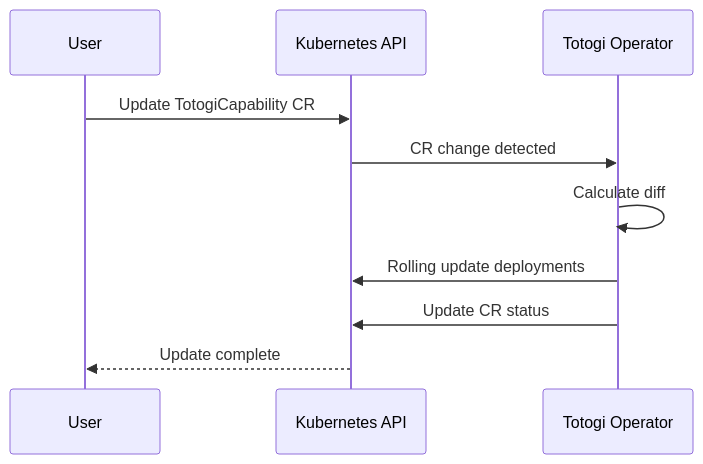
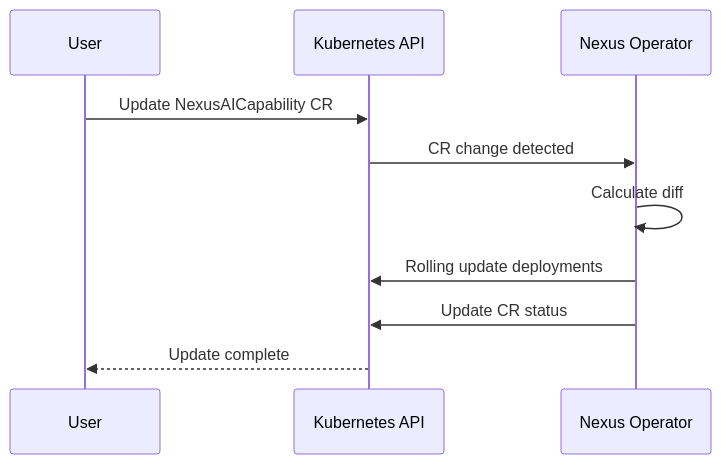
The third of 4 diagrams in docs/operational/kubernetes-operator/architecture.md (nexusdataai/nexus-docs), drawn with Mermaid before and after one commit. The commit also changed other lines of this file and 263 other files, not shown here.

First line of the commit message:
Rebrand documentation from Totogi CallSense to NexusAI Data Platform

````diff
--- a/docs/operational/kubernetes-operator/architecture.md
+++ b/docs/operational/kubernetes-operator/architecture.md
@@ -122,13 +122,13 @@
 ```mermaid
 sequenceDiagram
     participant User
     participant K8s as Kubernetes API
-    participant Op as Totogi Operator
+    participant Op as Nexus Operator
 
-    User->>K8s: Update TotogiCapability CR
+    User->>K8s: Update NexusAICapability CR
     K8s->>Op: CR change detected
     Op->>Op: Calculate diff
     Op->>K8s: Rolling update deployments
     Op->>K8s: Update CR status
     K8s-->>User: Update complete
 ```
````
